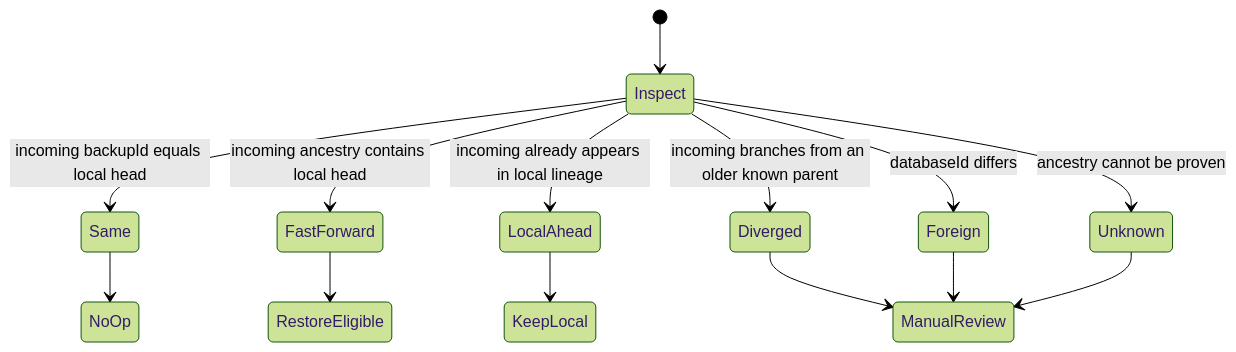
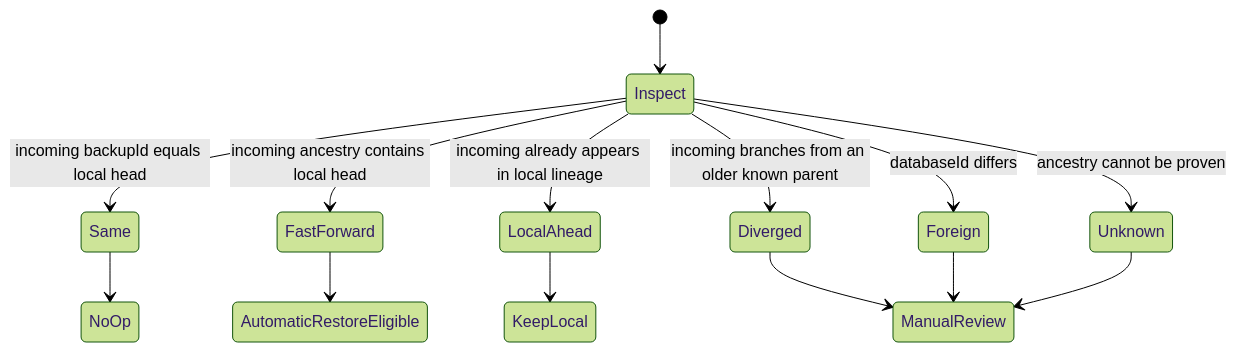
Before and after one commit to liuanye9-lab/codex-os-brain: the second of 3 diagrams in docs/v9/encrypted-backup-and-sync.md, drawn with Mermaid (forest theme). The commit also changed other lines of this file and 17 other files, not shown here.

````diff
--- a/docs/v9/encrypted-backup-and-sync.md
+++ b/docs/v9/encrypted-backup-and-sync.md
@@ -48,16 +48,16 @@
 ```mermaid
 stateDiagram-v2
   [*] --> Inspect
   Inspect --> Same: incoming backupId equals local head
   Inspect --> FastForward: incoming ancestry contains local head
   Inspect --> LocalAhead: incoming already appears in local lineage
   Inspect --> Diverged: incoming branches from an older known parent
   Inspect --> Foreign: databaseId differs
   Inspect --> Unknown: ancestry cannot be proven
   Same --> NoOp
-  FastForward --> RestoreEligible
+  FastForward --> AutomaticRestoreEligible
   LocalAhead --> KeepLocal
   Diverged --> ManualReview
   Foreign --> ManualReview
   Unknown --> ManualReview
 ```
````
